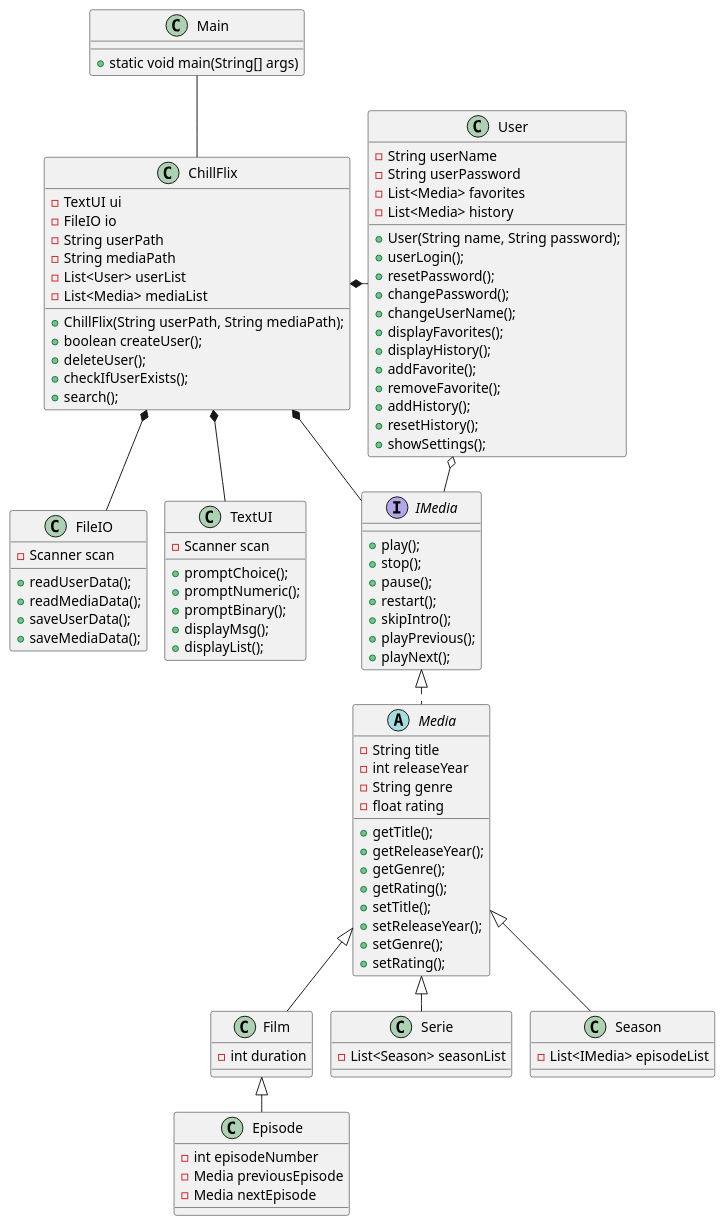
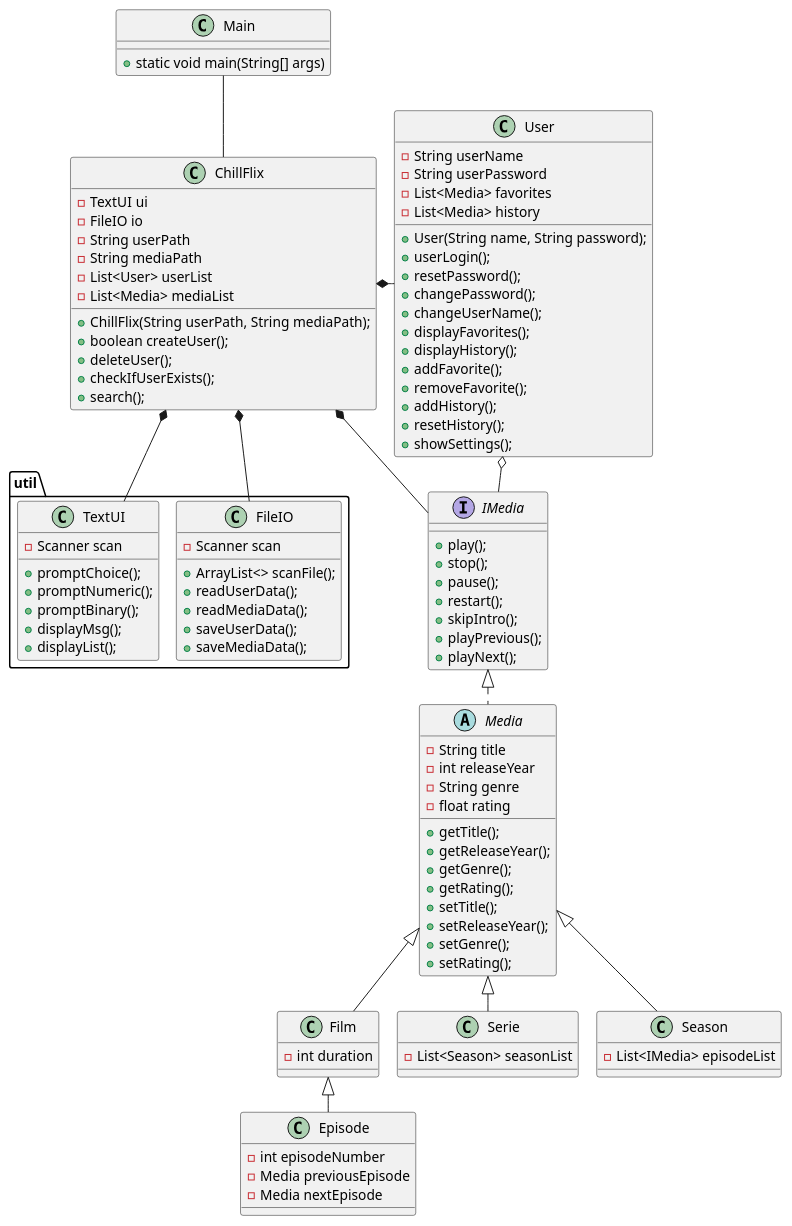
The diagram in docs/classDiagram.puml (Falcho/SP3), drawn with PlantUML before and after one commit.

Commit message:
Opdateret klassediagram v2

```diff
--- a/docs/classDiagram.puml
+++ b/docs/classDiagram.puml
@@ -1,114 +1,116 @@
 @startuml
 'https://plantuml.com/class-diagram
 !pragma layout smetana
 
 Class Main{
 +static void main(String[] args)
 }
 
 Class ChillFlix{
 -TextUI ui
 -FileIO io
 -String userPath
 -String mediaPath
 -List<User> userList
 -List<Media> mediaList
 +ChillFlix(String userPath, String mediaPath);
 +boolean createUser();
 +deleteUser();
 +checkIfUserExists();
 +search();
 }
 
+package util {
 Class FileIO{
 -Scanner scan
++ArrayList<> scanFile();
 +readUserData();
 +readMediaData();
 +saveUserData();
 +saveMediaData();
 }
 
 Class TextUI{
 -Scanner scan
 +promptChoice();
 +promptNumeric();
 +promptBinary();
 +displayMsg();
 +displayList();
 
 }
-
+}
 
 Class User{
 -String userName
 -String userPassword
 -List<Media> favorites
 -List<Media> history
 +User(String name, String password);
 +userLogin();
 +resetPassword();
 +changePassword();
 +changeUserName();
 +displayFavorites();
 +displayHistory();
 +addFavorite();
 +removeFavorite();
 +addHistory();
 +resetHistory();
 +showSettings();
 }
 
 Interface IMedia{
 +play();
 +stop();
 +pause();
 +restart();
 +skipIntro();
 +playPrevious();
 +playNext();
 }
 abstract Class Media{
 -String title
 -int releaseYear
 -String genre
 -float rating
 +getTitle();
 +getReleaseYear();
 +getGenre();
 +getRating();
 +setTitle();
 +setReleaseYear();
 +setGenre();
 +setRating();
 }
 
 Class Film {
 -int duration
 }
 
 Class Serie{
 -List<Season> seasonList
 }
 Class Season{
 -List<IMedia> episodeList
 }
 
 Class Episode{
 -int episodeNumber
 -Media previousEpisode
 -Media nextEpisode
 }
 
 Film <|-- Episode
 Media <|-- Film
 Media <|-- Serie
 Media <|-- Season
 IMedia <|.. Media
 ChillFlix *- User
 ChillFlix *-- IMedia
 ChillFlix *-- FileIO
 ChillFlix *-- TextUI
 Main -- ChillFlix
 User o- IMedia
 
 @enduml
```
